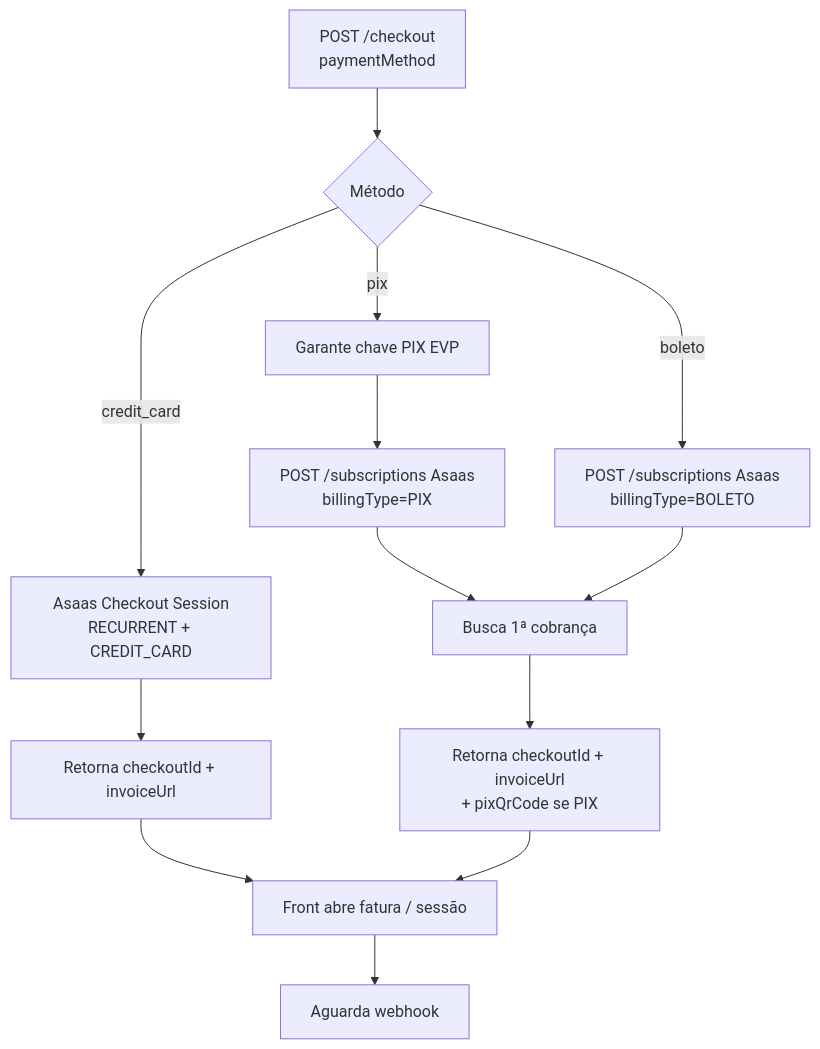
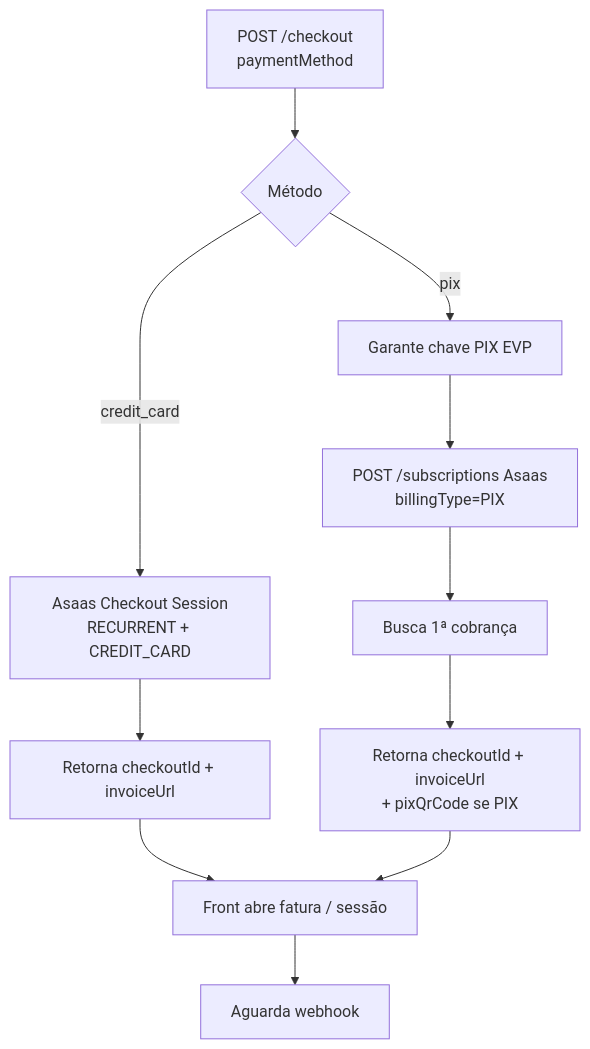
One commit to PhabloC/repo-evolente changed the third of 6 diagrams in ASAAS-CHECKOUT-PAGAMENTO.md. Above: the diagram before and after it, drawn with Mermaid. The commit also changed other lines of this file, not shown here.

Commit message:
docs(asaas): atualiza checkout sem boleto

````diff
--- a/ASAAS-CHECKOUT-PAGAMENTO.md
+++ b/ASAAS-CHECKOUT-PAGAMENTO.md
@@ -232,15 +231,13 @@
 ```mermaid
 flowchart TD
   A[POST /checkout<br/>paymentMethod] --> B{Método}
   B -->|credit_card| C[Asaas Checkout Session<br/>RECURRENT + CREDIT_CARD]
   B -->|pix| D[Garante chave PIX EVP]
   D --> E[POST /subscriptions Asaas<br/>billingType=PIX]
-  B -->|boleto| F[POST /subscriptions Asaas<br/>billingType=BOLETO]
   E --> G[Busca 1ª cobrança]
-  F --> G
   C --> H[Retorna checkoutId + invoiceUrl]
   G --> I[Retorna checkoutId + invoiceUrl<br/>+ pixQrCode se PIX]
   H --> J[Front abre fatura / sessão]
   I --> J
   J --> K[Aguarda webhook]
 ```
````
